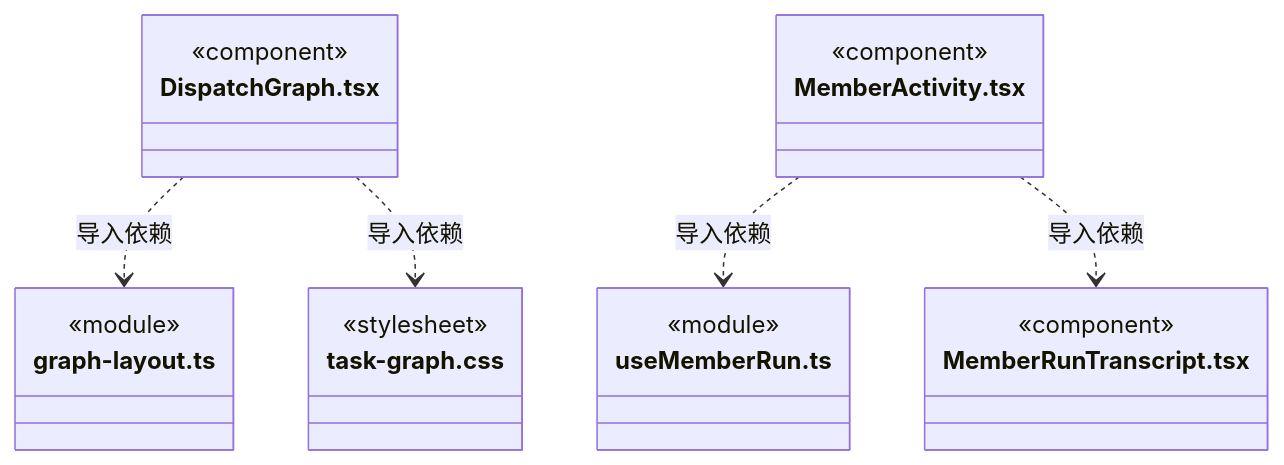
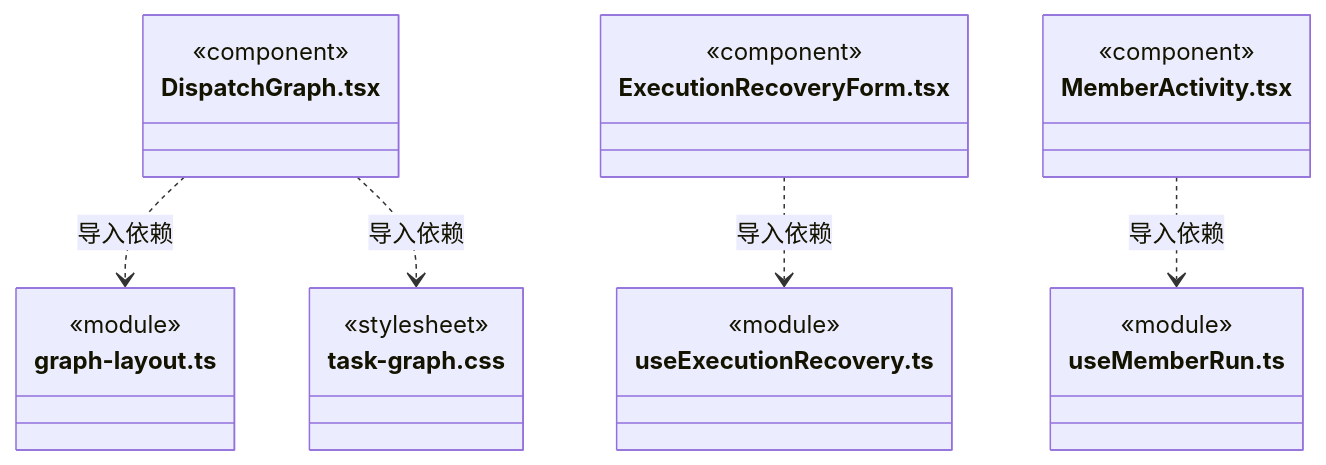
Diagram 44 of 54 in src/frontend/tasks/ARCHITECTURE.md (nan023062/cbim), drawn with Mermaid before and after one commit. The commit also changed other lines of this file and 65 other files, not shown here.

````diff
--- a/src/frontend/tasks/ARCHITECTURE.md
+++ b/src/frontend/tasks/ARCHITECTURE.md
@@ -714,25 +900,28 @@
 ```mermaid
 classDiagram
 class N_src_frontend_tasks_DispatchGraph_tsx["DispatchGraph.tsx"] {
   <<component>>
 }
 class N_src_frontend_tasks_graph_layout_ts["graph-layout.ts"] {
   <<module>>
 }
 class N_src_frontend_tasks_task_graph_css["task-graph.css"] {
   <<stylesheet>>
 }
+class N_src_frontend_tasks_ExecutionRecoveryForm_tsx["ExecutionRecoveryForm.tsx"] {
+  <<component>>
+}
+class N_src_frontend_tasks_useExecutionRecovery_ts["useExecutionRecovery.ts"] {
+  <<module>>
+}
 class N_src_frontend_tasks_MemberActivity_tsx["MemberActivity.tsx"] {
   <<component>>
 }
 class N_src_frontend_tasks_useMemberRun_ts["useMemberRun.ts"] {
   <<module>>
 }
-class N_src_frontend_tasks_MemberRunTranscript_tsx["MemberRunTranscript.tsx"] {
-  <<component>>
-}
 N_src_frontend_tasks_DispatchGraph_tsx ..> N_src_frontend_tasks_graph_layout_ts : 导入依赖
 N_src_frontend_tasks_DispatchGraph_tsx ..> N_src_frontend_tasks_task_graph_css : 导入依赖
+N_src_frontend_tasks_ExecutionRecoveryForm_tsx ..> N_src_frontend_tasks_useExecutionRecovery_ts : 导入依赖
 N_src_frontend_tasks_MemberActivity_tsx ..> N_src_frontend_tasks_useMemberRun_ts : 导入依赖
-N_src_frontend_tasks_MemberActivity_tsx ..> N_src_frontend_tasks_MemberRunTranscript_tsx : 导入依赖
 ```
````
